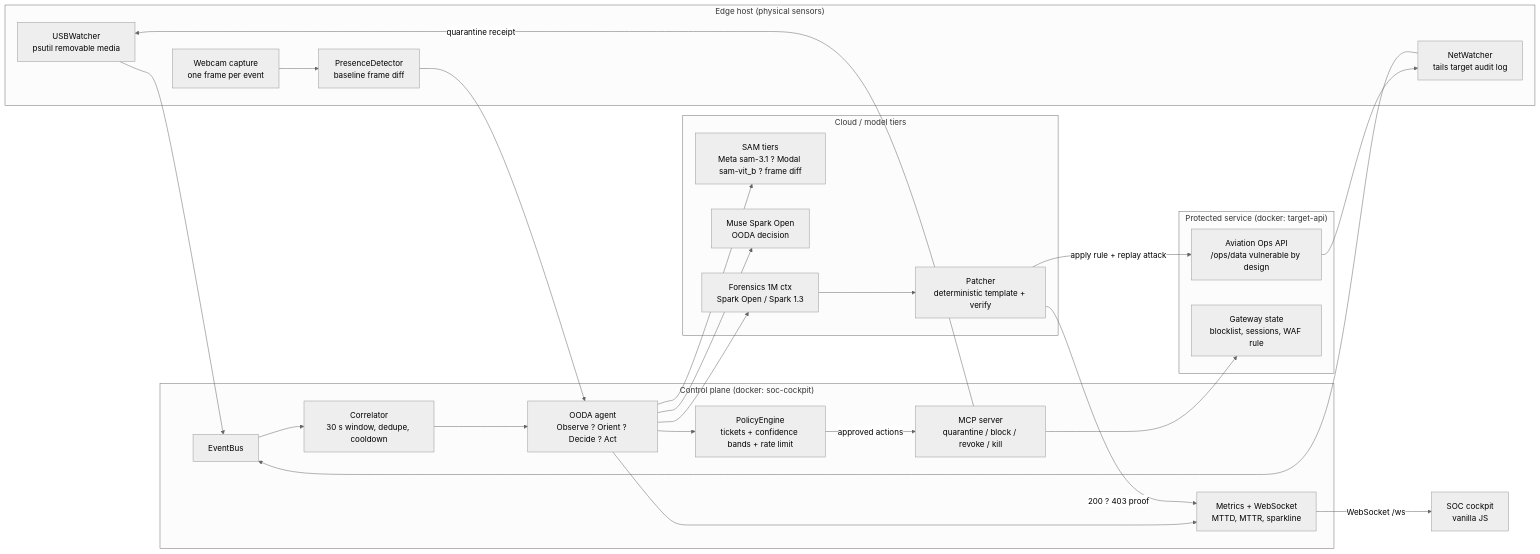
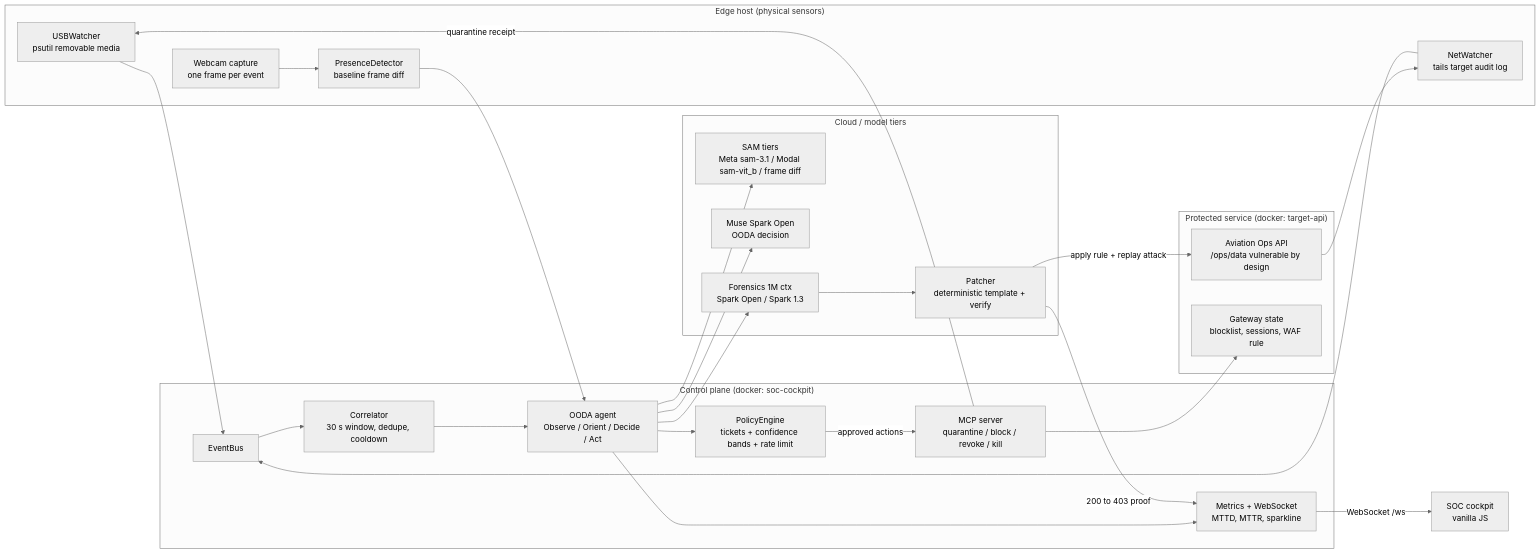
Before and after one commit to Mustafa-Caliskan/Meta-Guardian: the diagram in README.md, drawn with Mermaid (neutral theme). The commit also changed other lines of this file and 1 other file, not shown here.

````diff
--- a/README.md
+++ b/README.md
@@ -52,50 +54,50 @@
 ```mermaid
 flowchart LR
     subgraph EDGE["Edge host (physical sensors)"]
         USB["USBWatcher<br/>psutil removable media"]
         NET["NetWatcher<br/>tails target audit log"]
         CAM["Webcam capture<br/>one frame per event"]
         PRES["PresenceDetector<br/>baseline frame diff"]
     end
 
     subgraph CORE["Control plane (docker: soc-cockpit)"]
         BUS["EventBus"]
         COR["Correlator<br/>30 s window, dedupe, cooldown"]
-        OODA["OODA agent<br/>Observe ? Orient ? Decide ? Act"]
+        OODA["OODA agent<br/>Observe / Orient / Decide / Act"]
         POL["PolicyEngine<br/>tickets + confidence bands + rate limit"]
         MCP["MCP server<br/>quarantine / block / revoke / kill"]
         MET["Metrics + WebSocket<br/>MTTD, MTTR, sparkline"]
     end
 
     subgraph CLOUD["Cloud / model tiers"]
-        SAM["SAM tiers<br/>Meta sam-3.1 ? Modal sam-vit_b ? frame diff"]
+        SAM["SAM tiers<br/>Meta sam-3.1 / Modal sam-vit_b / frame diff"]
         OODA_M["Muse Spark Open<br/>OODA decision"]
         FOR["Forensics 1M ctx<br/>Spark Open / Spark 1.3"]
         PAT["Patcher<br/>deterministic template + verify"]
     end
 
     subgraph TARGET["Protected service (docker: target-api)"]
         API["Aviation Ops API<br/>/ops/data vulnerable by design"]
         GW["Gateway state<br/>blocklist, sessions, WAF rule"]
     end
 
     USB --> BUS
     NET --> BUS
     BUS --> COR
     CAM --> PRES
     PRES --> OODA
     COR --> OODA
     OODA --> OODA_M
     OODA --> SAM
     OODA --> POL
     POL -->|approved actions| MCP
     MCP --> GW
     MCP -->|quarantine receipt| USB
     OODA --> MET
     OODA --> FOR
     FOR --> PAT
     PAT -->|apply rule + replay attack| API
-    PAT -->|200 ? 403 proof| MET
+    PAT -->|"200 to 403 proof"| MET
     API --> NET
     MET -->|"WebSocket /ws"| UI["SOC cockpit<br/>vanilla JS"]
 ```
````
